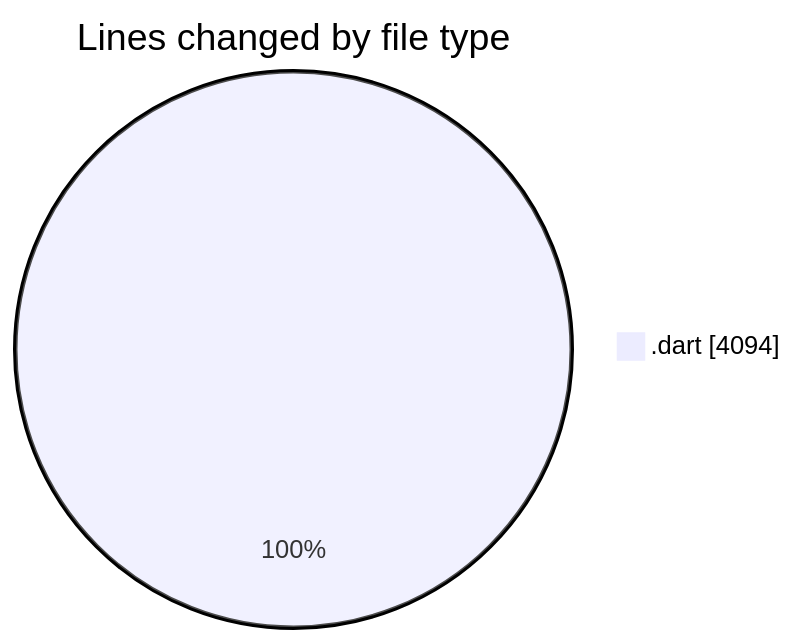
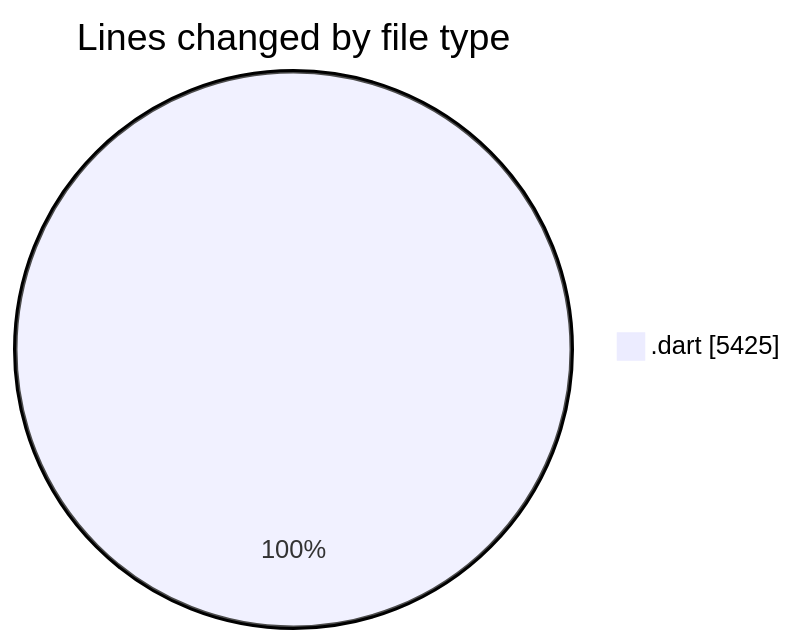
Before and after one commit to lephambinh05/code-tracking: the first of 2 diagrams in 2025-08-05/studybuddy/README.md, drawn with Mermaid. The commit also changed other lines of this file and 1 other file, not shown here.

````diff
--- a/2025-08-05/studybuddy/README.md
+++ b/2025-08-05/studybuddy/README.md
@@ -30,5 +32,5 @@
 ```mermaid
 pie showData
 title Lines changed by file type
-".dart" : 4094
+".dart" : 5425
 ```
````
